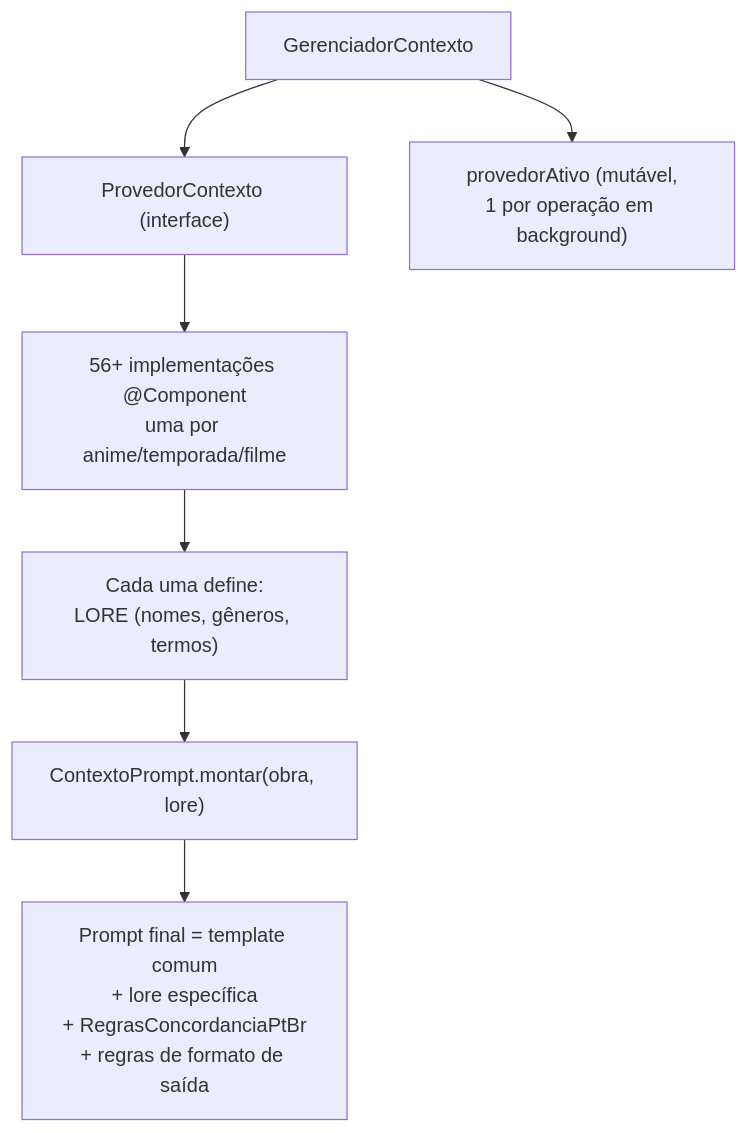
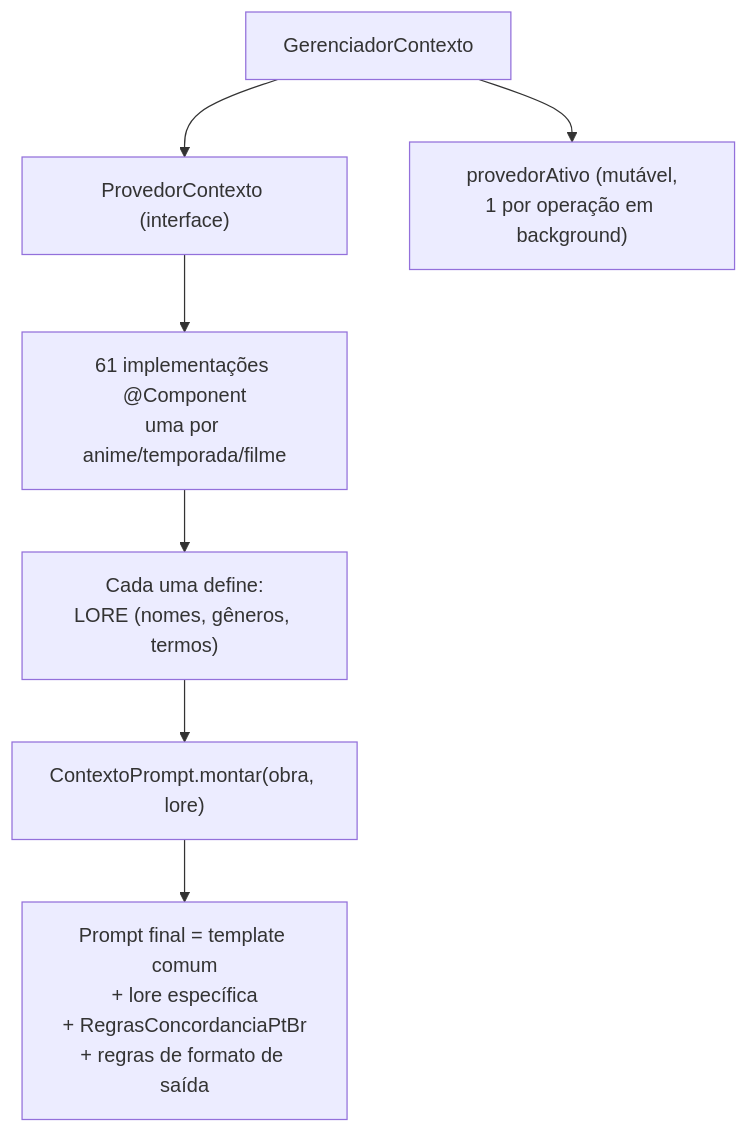
Before and after one commit to carmipa/traducao_animes_llm_local_quarkus-1: the diagram in docs/09-contextos-lore.md, drawn with Mermaid. The commit also changed other lines of this file and 29 other files, not shown here.

Commit message:
docs: add architecture documentation and modular project guide with ArchUnit rules

````diff
--- a/docs/09-contextos-lore.md
+++ b/docs/09-contextos-lore.md
@@ -15,9 +15,9 @@
 ```mermaid
 graph TD
-    A["ProvedorContexto (interface)"] --> B["56+ implementações @Component<br/>uma por anime/temporada/filme"]
+    A["ProvedorContexto (interface)"] --> B["61 implementações @Component<br/>uma por anime/temporada/filme"]
     B --> C["Cada uma define:<br/>LORE (nomes, gêneros, termos)"]
     C --> D["ContextoPrompt.montar(obra, lore)"]
     D --> E["Prompt final = template comum<br/>+ lore específica<br/>+ RegrasConcordanciaPtBr<br/>+ regras de formato de saída"]
     F["GerenciadorContexto"] --> A
     F --> G["provedorAtivo (mutável,<br/>1 por operação em background)"]
 ```
````
